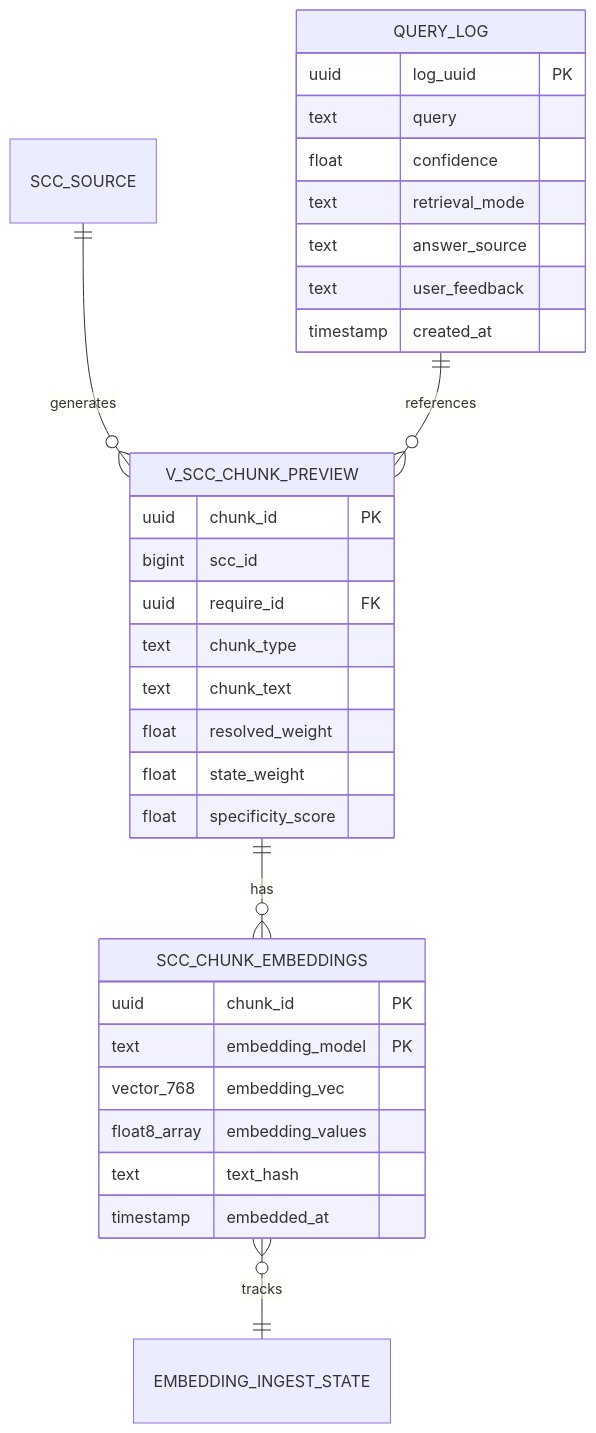
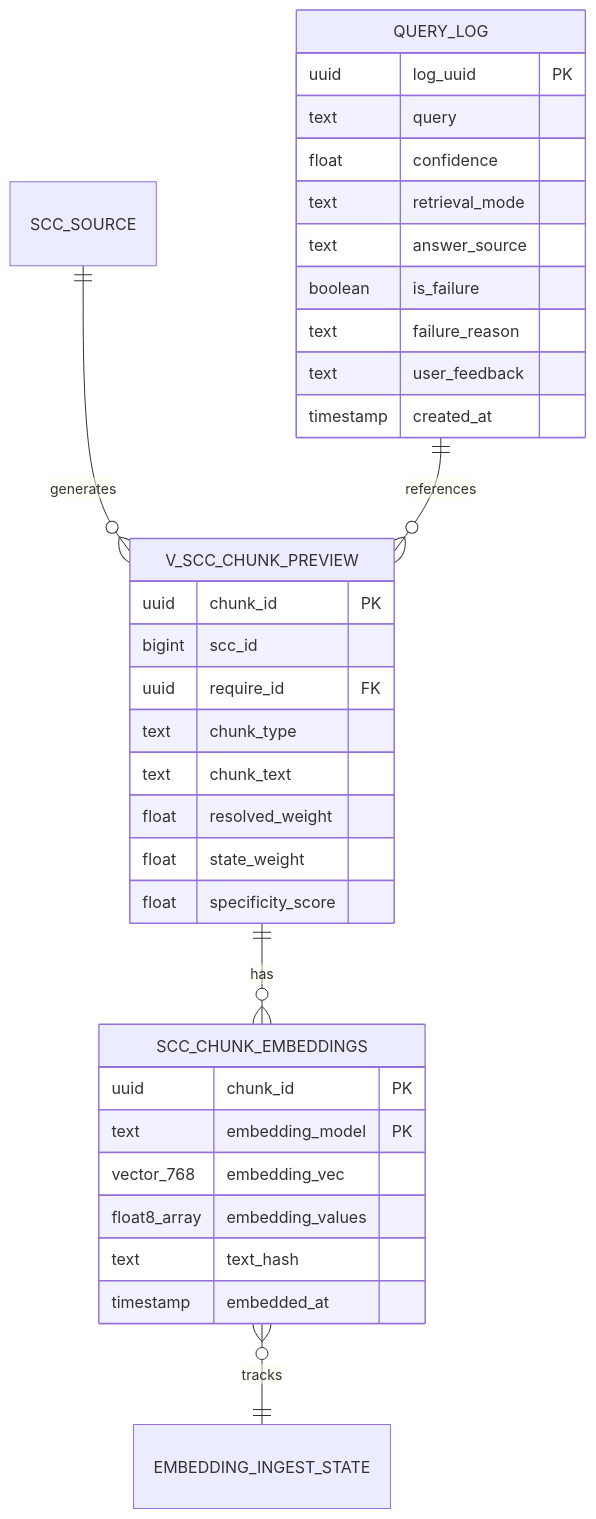
One commit to jdhert/CS-ChatBot changed the second of 3 diagrams in README.md. Above: the diagram before and after it, drawn with Mermaid. The commit also changed other lines of this file, not shown here.

````diff
--- a/README.md
+++ b/README.md
@@ -351,37 +418,39 @@
 ```mermaid
 erDiagram
     SCC_SOURCE ||--o{ V_SCC_CHUNK_PREVIEW : "generates"
     V_SCC_CHUNK_PREVIEW ||--o{ SCC_CHUNK_EMBEDDINGS : "has"
     SCC_CHUNK_EMBEDDINGS }o--|| EMBEDDING_INGEST_STATE : "tracks"
     QUERY_LOG ||--o{ V_SCC_CHUNK_PREVIEW : "references"
 
     V_SCC_CHUNK_PREVIEW {
         uuid chunk_id PK
         bigint scc_id
         uuid require_id FK
         text chunk_type
         text chunk_text
         float resolved_weight
         float state_weight
         float specificity_score
     }
 
     SCC_CHUNK_EMBEDDINGS {
         uuid chunk_id PK
         text embedding_model PK
         vector_768 embedding_vec
         float8_array embedding_values
         text text_hash
         timestamp embedded_at
     }
 
     QUERY_LOG {
         uuid log_uuid PK
         text query
         float confidence
         text retrieval_mode
         text answer_source
+        boolean is_failure
+        text failure_reason
         text user_feedback
         timestamp created_at
     }
 ```
````
